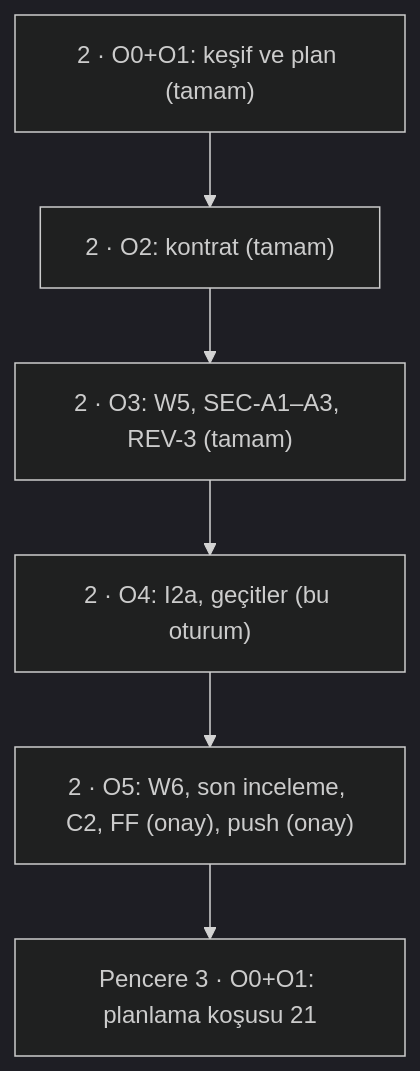
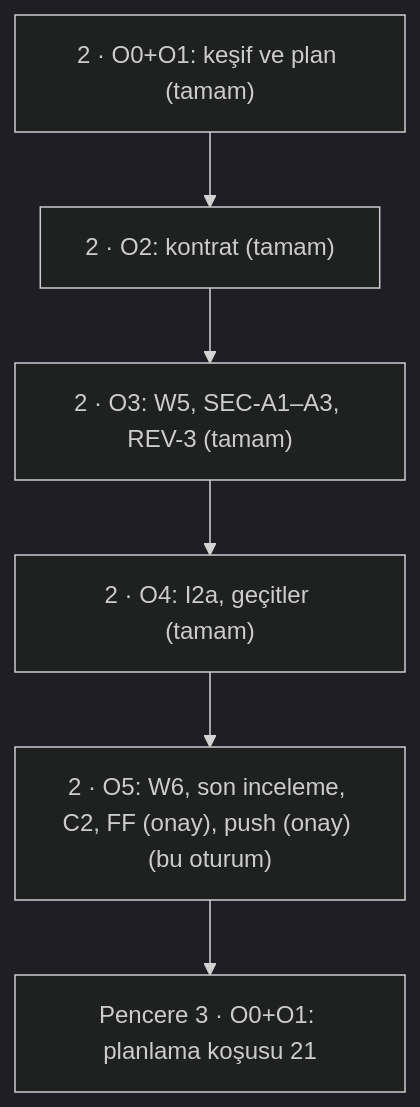
One commit to ahmetxa/ishtar_cam_modes changed the diagram in NEXT_PROMPT.md. Above: the diagram before and after it, drawn with Mermaid (dark theme). The commit also changed other lines of this file and 2 other files, not shown here.

````diff
--- a/NEXT_PROMPT.md
+++ b/NEXT_PROMPT.md
@@ -105,8 +106,8 @@
 ```mermaid
 flowchart TD
   A["2 · O0+O1: keşif ve plan (tamam)"] --> B["2 · O2: kontrat (tamam)"]
   B --> C["2 · O3: W5, SEC-A1–A3, REV-3 (tamam)"]
-  C --> D["2 · O4: I2a, geçitler (bu oturum)"]
-  D --> E["2 · O5: W6, son inceleme, C2, FF (onay), push (onay)"]
+  C --> D["2 · O4: I2a, geçitler (tamam)"]
+  D --> E["2 · O5: W6, son inceleme, C2, FF (onay), push (onay) (bu oturum)"]
   E --> F["Pencere 3 · O0+O1: planlama koşusu 21"]
 ```
````
